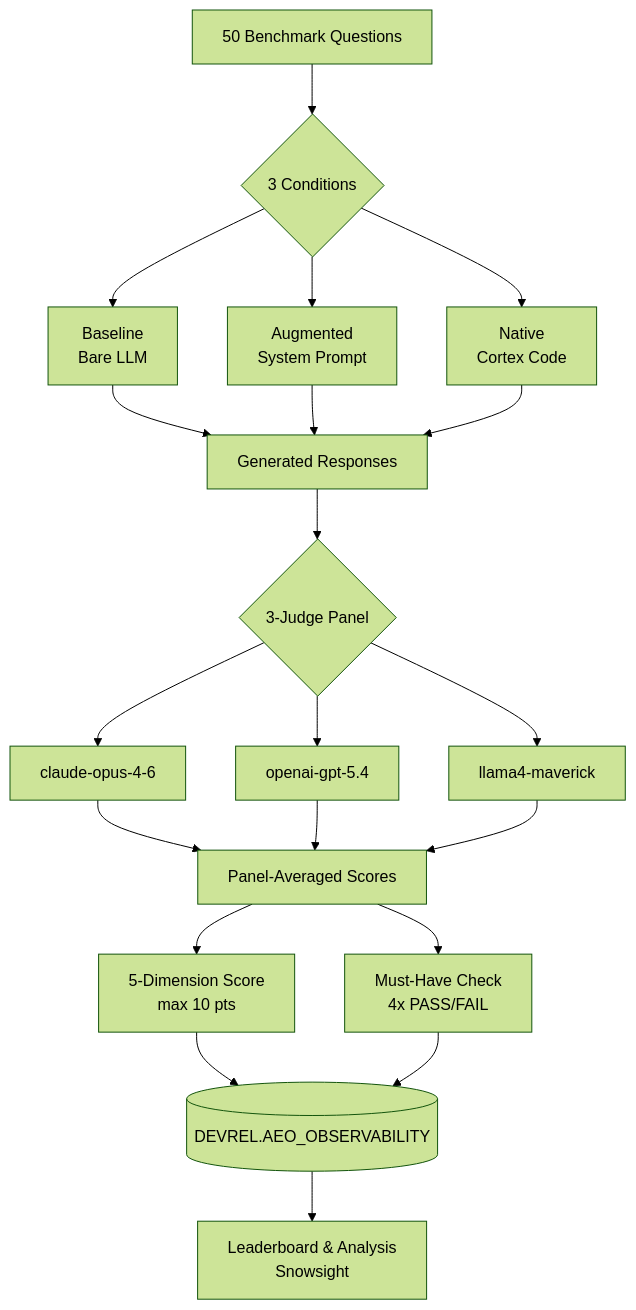
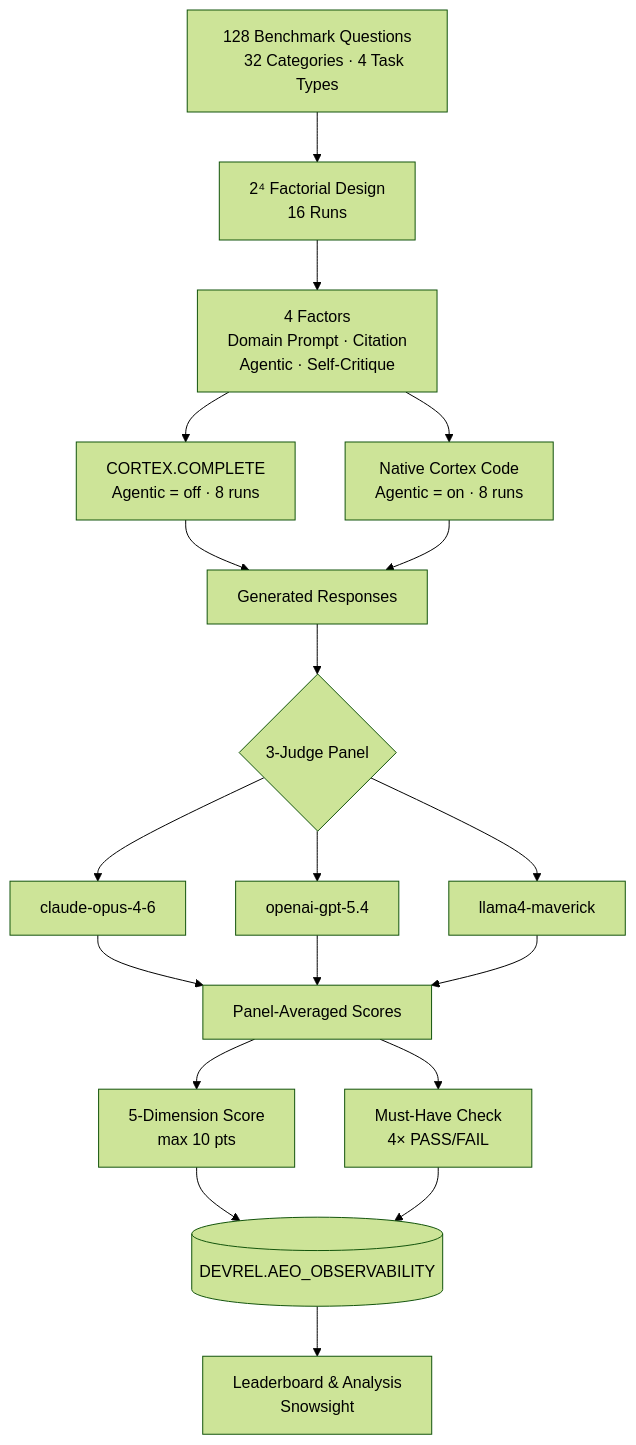
The diagram in README.md (sfc-gh-cnantasenamat/aeo-methodology), drawn with Mermaid (forest theme) before and after one commit.

Commit message:
Update pipeline diagram: 128Q, 32 categories, 2^4 factorial, 16 runs, dual engine

````diff
--- a/README.md
+++ b/README.md
@@ -39,27 +39,37 @@
 ```mermaid
 flowchart TD
-    A[50 Benchmark Questions] --> B{3 Conditions}
-    B --> C[Baseline\nBare LLM]
-    B --> D[Augmented\nSystem Prompt]
-    B --> E[Native\nCortex Code]
+    A["128 Benchmark Questions
+    32 Categories · 4 Task Types"] --> B["2⁴ Factorial Design
+    16 Runs"]
 
-    C --> F[Generated Responses]
-    D --> F
-    E --> F
+    B --> B1["4 Factors
+    Domain Prompt · Citation
+    Agentic · Self-Critique"]
+
+    B1 --> E1["CORTEX.COMPLETE
+    Agentic = off · 8 runs"]
+    B1 --> E2["Native Cortex Code
+    Agentic = on · 8 runs"]
+
+    E1 --> F[Generated Responses]
+    E2 --> F
 
     F --> G{3-Judge Panel}
     G --> G1[claude-opus-4-6]
     G --> G2[openai-gpt-5.4]
     G --> G3[llama4-maverick]
 
     G1 --> H[Panel-Averaged Scores]
     G2 --> H
     G3 --> H
 
-    H --> I[5-Dimension Score\nmax 10 pts]
-    H --> J[Must-Have Check\n4x PASS/FAIL]
+    H --> I["5-Dimension Score
+    max 10 pts"]
+    H --> J["Must-Have Check
+    4× PASS/FAIL"]
 
     I --> K[(DEVREL.AEO_OBSERVABILITY)]
     J --> K
-    K --> L[Leaderboard & Analysis\nSnowsight]
+    K --> L["Leaderboard & Analysis
+    Snowsight"]
 ```
````
